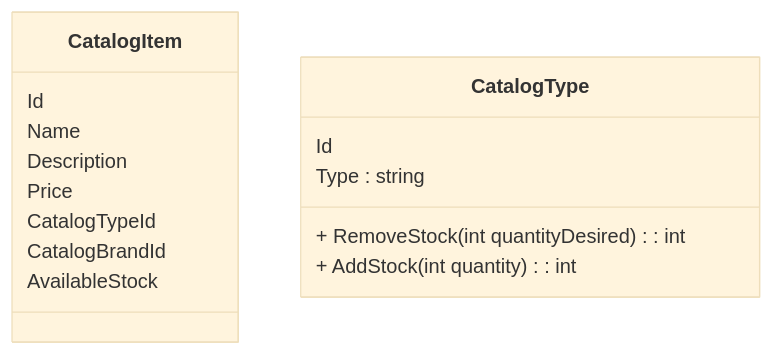
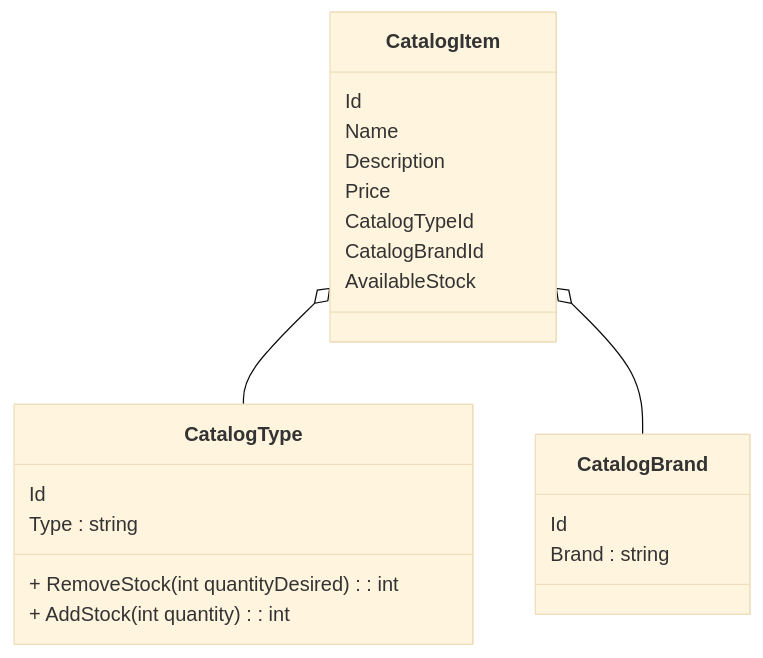
One commit to ekral/FAI changed the first of 2 diagrams in AF/eshop/readme.md. Above: the diagram before and after it, drawn with Mermaid (base theme). The commit also changed other lines of this file, not shown here.

````diff
--- a/AF/eshop/readme.md
+++ b/AF/eshop/readme.md
@@ -6,21 +7,30 @@
 ```mermaid
 classDiagram
 
    class CatalogItem{
       Id
       Name
       Description
       Price
       CatalogTypeId
       CatalogBrandId
       AvailableStock
 
    }
 
    class CatalogType{
       Id
       Type : string
       + RemoveStock(int quantityDesired) : int
       + AddStock(int quantity) : int 
    }
+
+   class CatalogBrand{
+      Id
+      Brand : string
+   }
+
+   CatalogItem o -- CatalogType
+   CatalogItem o -- CatalogBrand
+
 ```
````
